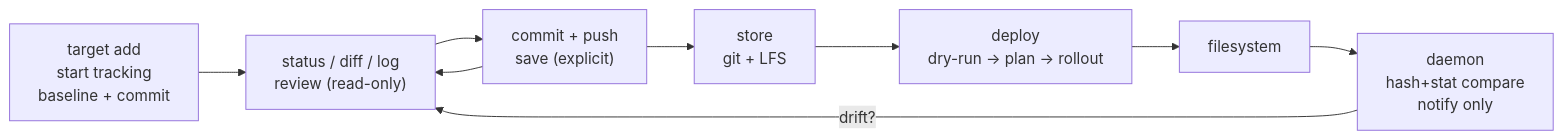
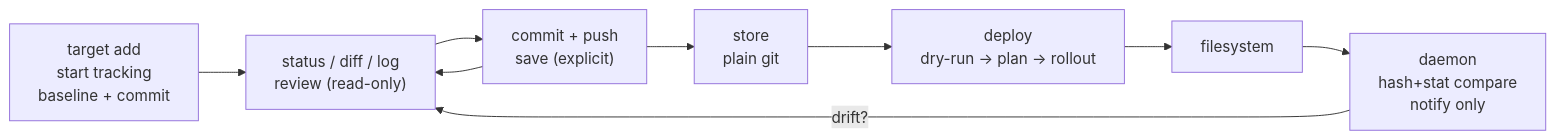
One commit to sandorkazi/versioneer changed the second of 4 diagrams in README.md. Above: the diagram before and after it, drawn with Mermaid. The commit also changed other lines of this file and 19 other files, not shown here.

````diff
--- a/README.md
+++ b/README.md
@@ -172,11 +191,11 @@
 ```mermaid
 flowchart LR
     A["target add<br/>start tracking<br/>baseline + commit"] --> S["status / diff / log<br/>review (read-only)"]
     S --> C["commit + push<br/>save (explicit)"]
     C --> S
     D["daemon<br/>hash+stat compare<br/>notify only"] -->|drift?| S
-    C --> ST["store<br/>git + LFS"]
+    C --> ST["store<br/>plain git"]
     ST --> DP["deploy<br/>dry-run → plan → rollout"]
     DP --> FS["filesystem"]
     FS --> D
 ```
````
